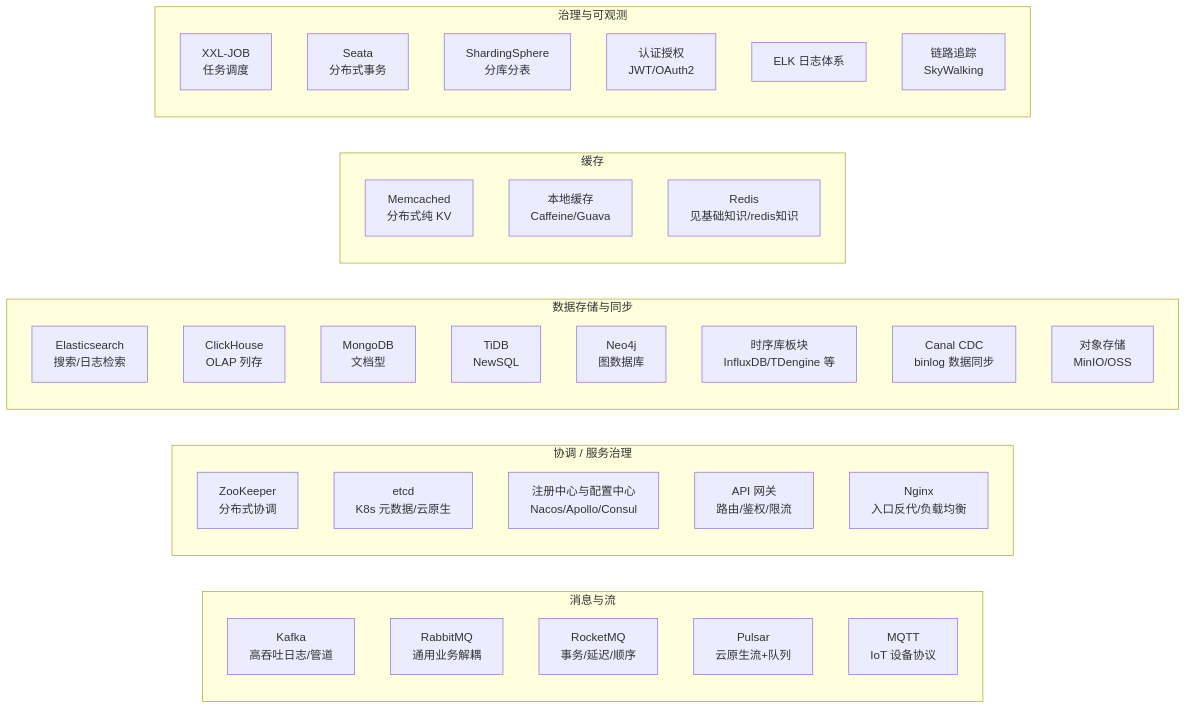
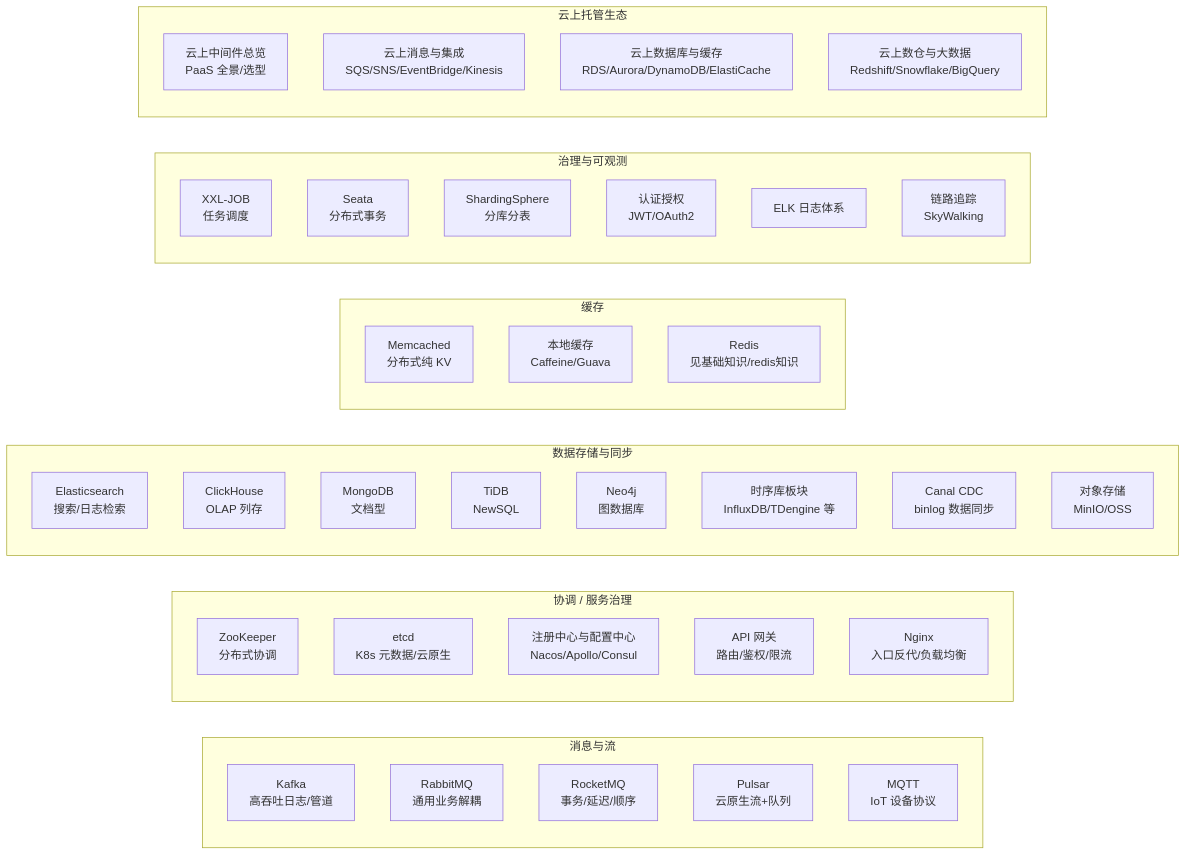
The diagram in 基础知识/中间件/README.md (tghrxxxyyy/knowledge-base), drawn with Mermaid before and after one commit. The commit also changed other lines of this file and 4 other files, not shown here.

````diff
--- a/基础知识/中间件/README.md
+++ b/基础知识/中间件/README.md
@@ -10,40 +10,46 @@
 ```mermaid
 flowchart LR
     subgraph 消息家族[消息与流]
         K[Kafka<br/>高吞吐日志/管道]
         R[RabbitMQ<br/>通用业务解耦]
         RM[RocketMQ<br/>事务/延迟/顺序]
         P[Pulsar<br/>云原生流+队列]
         M[MQTT<br/>IoT 设备协议]
     end
     subgraph 协调与服务[协调 / 服务治理]
         ZK[ZooKeeper<br/>分布式协调]
         E[etcd<br/>K8s 元数据/云原生]
         N[注册中心与配置中心<br/>Nacos/Apollo/Consul]
         G[API 网关<br/>路由/鉴权/限流]
         NG[Nginx<br/>入口反代/负载均衡]
     end
     subgraph 数据层[数据存储与同步]
         ES[Elasticsearch<br/>搜索/日志检索]
         CB[ClickHouse<br/>OLAP 列存]
         MDB[MongoDB<br/>文档型]
         TI[TiDB<br/>NewSQL]
         N4[Neo4j<br/>图数据库]
         TS[时序库板块<br/>InfluxDB/TDengine 等]
         CD[Canal CDC<br/>binlog 数据同步]
         OSS[对象存储<br/>MinIO/OSS]
     end
     subgraph 缓存[缓存]
         C1[Memcached<br/>分布式纯 KV]
         C2[本地缓存<br/>Caffeine/Guava]
         C3[Redis<br/>见基础知识/redis知识]
     end
     subgraph 治理与观测[治理与可观测]
         XX[XXL-JOB<br/>任务调度]
         ST[Seata<br/>分布式事务]
         SH[ShardingSphere<br/>分库分表]
         AUTH[认证授权<br/>JWT/OAuth2]
         ELK[ELK 日志体系]
         SW[链路追踪<br/>SkyWalking]
     end
+    subgraph 云托管[云上托管生态]
+        CLOUD[云上中间件总览<br/>PaaS 全景/选型]
+        CMSG[云上消息与集成<br/>SQS/SNS/EventBridge/Kinesis]
+        CDB[云上数据库与缓存<br/>RDS/Aurora/DynamoDB/ElastiCache]
+        CDW[云上数仓与大数据<br/>Redshift/Snowflake/BigQuery]
+    end
 ```
````
